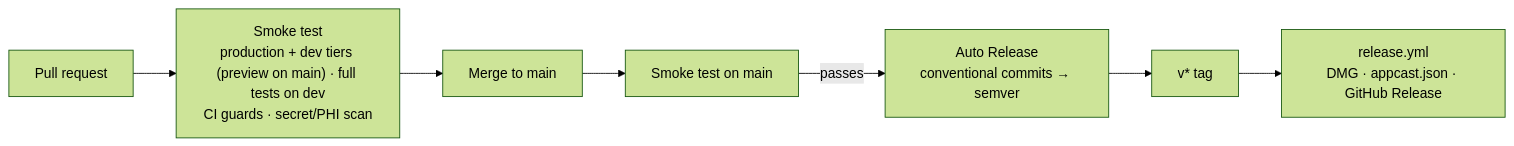
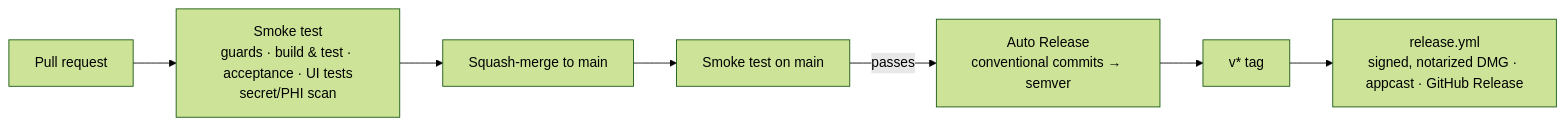
One commit to mgwedd/aletheia changed the third of 3 diagrams in README.md. Above: the diagram before and after it, drawn with Mermaid (forest theme). The commit also changed other lines of this file and 1 other file, not shown here.

````diff
--- a/README.md
+++ b/README.md
@@ -224,8 +147,8 @@
 ```mermaid
 flowchart LR
-  PR["Pull request"] --> S["Smoke test<br/>production + dev tiers (preview on main) · full tests on dev<br/>CI guards · secret/PHI scan"]
-  S --> M["Merge to main"]
+  PR["Pull request"] --> S["Smoke test<br/>guards · build & test · acceptance · UI tests<br/>secret/PHI scan"]
+  S --> M["Squash-merge to main"]
   M --> S2["Smoke test on main"]
   S2 -- "passes" --> AR["Auto Release<br/>conventional commits → semver"]
-  AR --> TAG["v* tag"] --> REL["release.yml<br/>DMG · appcast.json · GitHub Release"]
+  AR --> TAG["v* tag"] --> REL["release.yml<br/>signed, notarized DMG · appcast · GitHub Release"]
 ```
````
